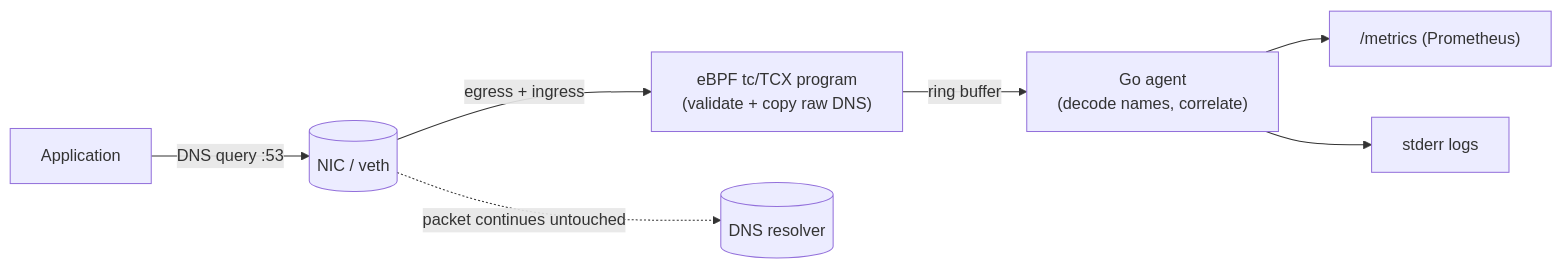
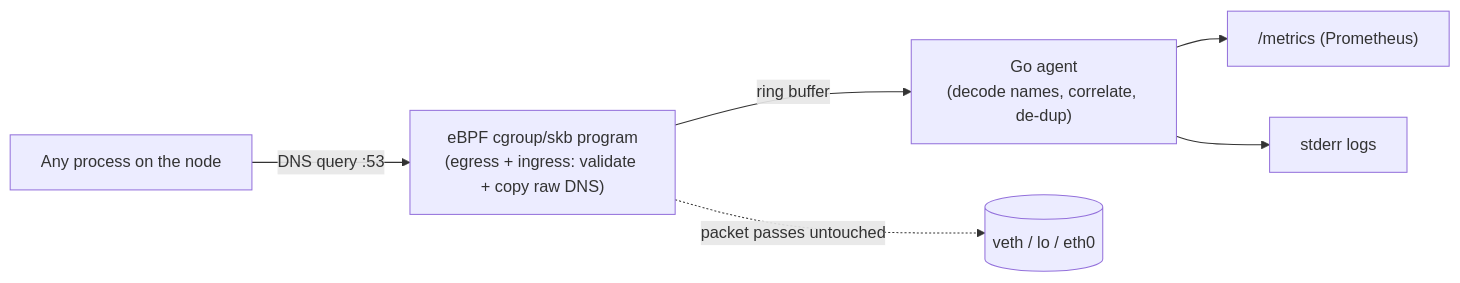
Before and after one commit to pinaki-08/ebpf-dns-monitor: the diagram in README.md, drawn with Mermaid. The commit also changed other lines of this file and 6 other files, not shown here.

First line of the commit message:
Switch DNS capture from tc/TCX to cgroup/skb for node-wide visibility

````diff
--- a/README.md
+++ b/README.md
@@ -39,9 +43,8 @@
 ```mermaid
 flowchart LR
-    app[Application] -->|DNS query :53| nic[(NIC / veth)]
-    nic -->|egress + ingress| tcx["eBPF tc/TCX program\n(validate + copy raw DNS)"]
-    tcx -->|ring buffer| agent["Go agent\n(decode names, correlate)"]
+    app[Any process on the node] -->|DNS query :53| hook["eBPF cgroup/skb program\n(egress + ingress: validate + copy raw DNS)"]
+    hook -->|ring buffer| agent["Go agent\n(decode names, correlate, de-dup)"]
     agent --> prom["/metrics (Prometheus)"]
     agent --> logs[stderr logs]
-    nic -.packet continues untouched.-> upstream[(DNS resolver)]
+    hook -.packet passes untouched.-> net[(veth / lo / eth0)]
 ```
````
